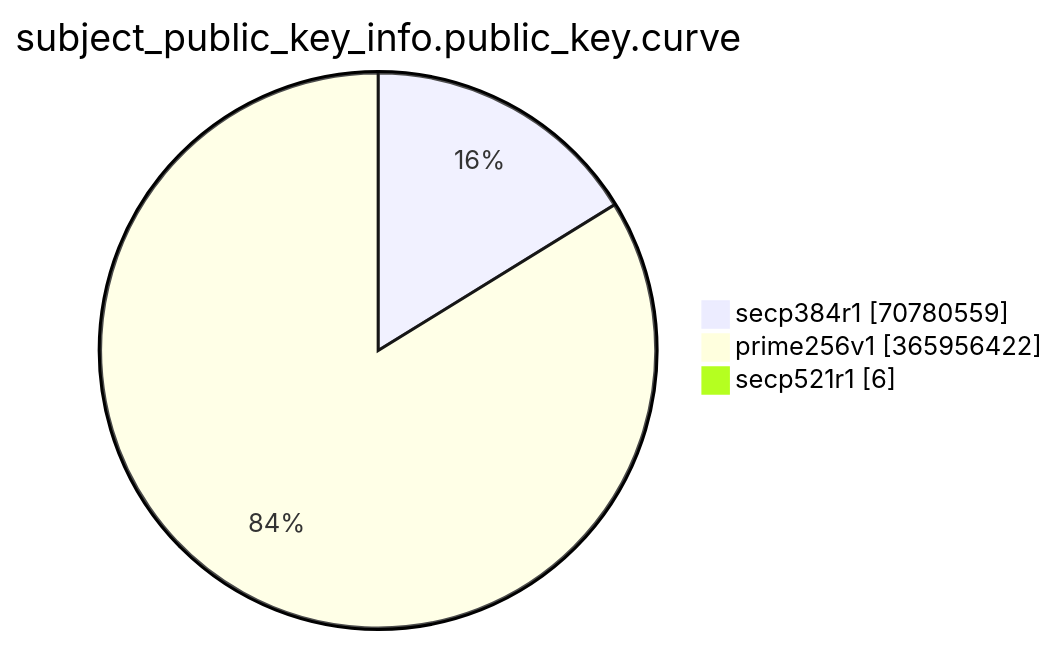
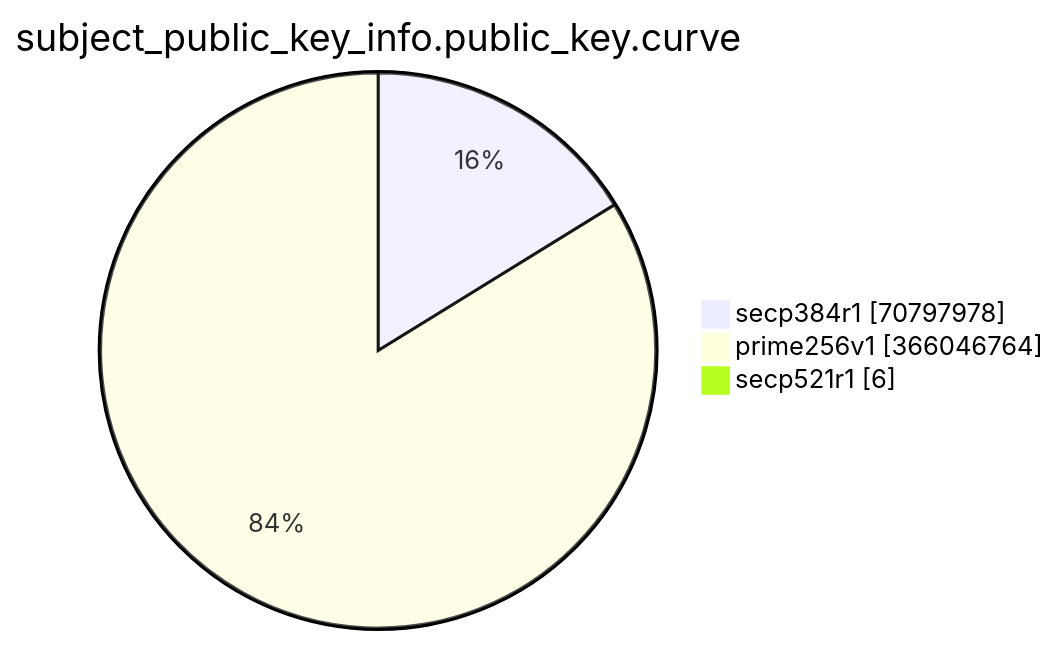
Before and after one commit to christiankrug/ctmonitor_visualization: the eighth of 15 diagrams in TOTAL/README.md, drawn with Mermaid. The commit also changed other lines of this file, not shown here.

````diff
--- a/TOTAL/README.md
+++ b/TOTAL/README.md
@@ -3092,7 +3092,7 @@
 ```mermaid
 pie showData
 title subject_public_key_info.public_key.curve
-"secp384r1" :70780559
-"prime256v1" :365956422
+"secp384r1" :70797978
+"prime256v1" :366046764
 "secp521r1" :6
 ```
````
